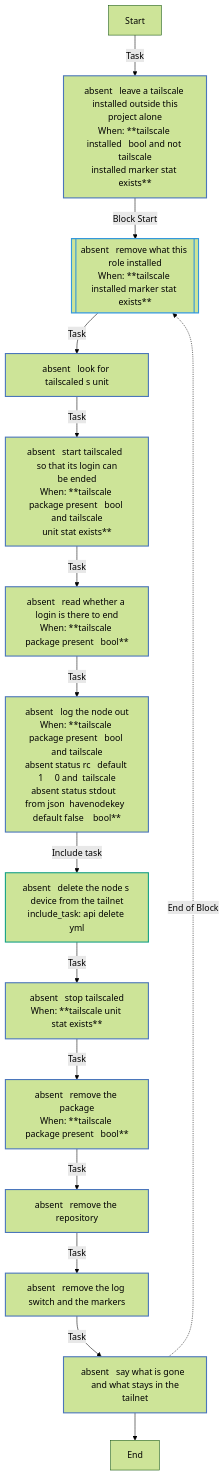
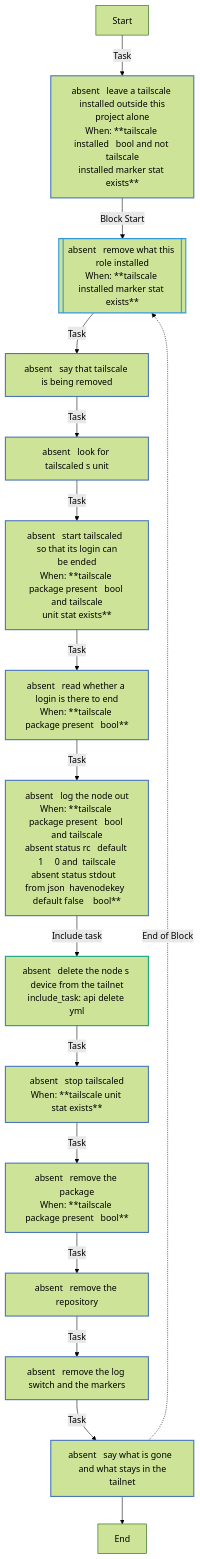
One commit to kawadeomkar/claude-on-proxmox changed the second of 13 diagrams in docs/reference/roles/tailscale.md. Above: the diagram before and after it, drawn with Mermaid (forest theme). The commit also changed other lines of this file and 23 other files, not shown here.

````diff
--- a/docs/reference/roles/tailscale.md
+++ b/docs/reference/roles/tailscale.md
@@ -222,27 +223,28 @@
 ```mermaid
 flowchart TD
 Start
 classDef block stroke:#3498db,stroke-width:2px;
 classDef task stroke:#4b76bb,stroke-width:2px;
 classDef includeTasks stroke:#16a085,stroke-width:2px;
 classDef importTasks stroke:#34495e,stroke-width:2px;
 classDef includeRole stroke:#2980b9,stroke-width:2px;
 classDef importRole stroke:#699ba7,stroke-width:2px;
 classDef includeVars stroke:#8e44ad,stroke-width:2px;
 classDef rescue stroke:#665352,stroke-width:2px;
 
   Start-->|Task| absent___Leave_a_Tailscale_installed_outside_this_project_alone0[absent   leave a tailscale installed outside this<br>project alone<br>When: **tailscale installed   bool and not tailscale<br>installed marker stat exists**]:::task
   absent___Leave_a_Tailscale_installed_outside_this_project_alone0-->|Block Start| absent___Remove_what_this_role_installed1_block_start_0[[absent   remove what this role installed<br>When: **tailscale installed marker stat exists**]]:::block
-  absent___Remove_what_this_role_installed1_block_start_0-->|Task| absent___Look_for_tailscaled_s_unit0[absent   look for tailscaled s unit]:::task
-  absent___Look_for_tailscaled_s_unit0-->|Task| absent___Start_tailscaled__so_that_its_login_can_be_ended1[absent   start tailscaled  so that its login can<br>be ended<br>When: **tailscale package present   bool and tailscale<br>unit stat exists**]:::task
-  absent___Start_tailscaled__so_that_its_login_can_be_ended1-->|Task| absent___Read_whether_a_login_is_there_to_end2[absent   read whether a login is there to end<br>When: **tailscale package present   bool**]:::task
-  absent___Read_whether_a_login_is_there_to_end2-->|Task| absent___Log_the_node_out3[absent   log the node out<br>When: **tailscale package present   bool and tailscale<br>absent status rc   default 1     0 and  tailscale<br>absent status stdout   from json  havenodekey  <br>default false    bool**]:::task
-  absent___Log_the_node_out3-->|Include task| absent___Delete_the_node_s_device_from_the_tailnet_api_delete_yml_4[absent   delete the node s device from the tailnet<br>include_task: api delete yml]:::includeTasks
-  absent___Delete_the_node_s_device_from_the_tailnet_api_delete_yml_4-->|Task| absent___Stop_tailscaled5[absent   stop tailscaled<br>When: **tailscale unit stat exists**]:::task
-  absent___Stop_tailscaled5-->|Task| absent___Remove_the_package6[absent   remove the package<br>When: **tailscale package present   bool**]:::task
-  absent___Remove_the_package6-->|Task| absent___Remove_the_repository7[absent   remove the repository]:::task
-  absent___Remove_the_repository7-->|Task| absent___Remove_the_log_switch_and_the_markers8[absent   remove the log switch and the markers]:::task
-  absent___Remove_the_log_switch_and_the_markers8-->|Task| absent___Say_what_is_gone__and_what_stays_in_the_tailnet9[absent   say what is gone  and what stays in the<br>tailnet]:::task
-  absent___Say_what_is_gone__and_what_stays_in_the_tailnet9-.->|End of Block| absent___Remove_what_this_role_installed1_block_start_0
-  absent___Say_what_is_gone__and_what_stays_in_the_tailnet9-->End
+  absent___Remove_what_this_role_installed1_block_start_0-->|Task| absent___Say_that_Tailscale_is_being_removed0[absent   say that tailscale is being removed]:::task
+  absent___Say_that_Tailscale_is_being_removed0-->|Task| absent___Look_for_tailscaled_s_unit1[absent   look for tailscaled s unit]:::task
+  absent___Look_for_tailscaled_s_unit1-->|Task| absent___Start_tailscaled__so_that_its_login_can_be_ended2[absent   start tailscaled  so that its login can<br>be ended<br>When: **tailscale package present   bool and tailscale<br>unit stat exists**]:::task
+  absent___Start_tailscaled__so_that_its_login_can_be_ended2-->|Task| absent___Read_whether_a_login_is_there_to_end3[absent   read whether a login is there to end<br>When: **tailscale package present   bool**]:::task
+  absent___Read_whether_a_login_is_there_to_end3-->|Task| absent___Log_the_node_out4[absent   log the node out<br>When: **tailscale package present   bool and tailscale<br>absent status rc   default 1     0 and  tailscale<br>absent status stdout   from json  havenodekey  <br>default false    bool**]:::task
+  absent___Log_the_node_out4-->|Include task| absent___Delete_the_node_s_device_from_the_tailnet_api_delete_yml_5[absent   delete the node s device from the tailnet<br>include_task: api delete yml]:::includeTasks
+  absent___Delete_the_node_s_device_from_the_tailnet_api_delete_yml_5-->|Task| absent___Stop_tailscaled6[absent   stop tailscaled<br>When: **tailscale unit stat exists**]:::task
+  absent___Stop_tailscaled6-->|Task| absent___Remove_the_package7[absent   remove the package<br>When: **tailscale package present   bool**]:::task
+  absent___Remove_the_package7-->|Task| absent___Remove_the_repository8[absent   remove the repository]:::task
+  absent___Remove_the_repository8-->|Task| absent___Remove_the_log_switch_and_the_markers9[absent   remove the log switch and the markers]:::task
+  absent___Remove_the_log_switch_and_the_markers9-->|Task| absent___Say_what_is_gone__and_what_stays_in_the_tailnet10[absent   say what is gone  and what stays in the<br>tailnet]:::task
+  absent___Say_what_is_gone__and_what_stays_in_the_tailnet10-.->|End of Block| absent___Remove_what_this_role_installed1_block_start_0
+  absent___Say_what_is_gone__and_what_stays_in_the_tailnet10-->End
 ```
````
